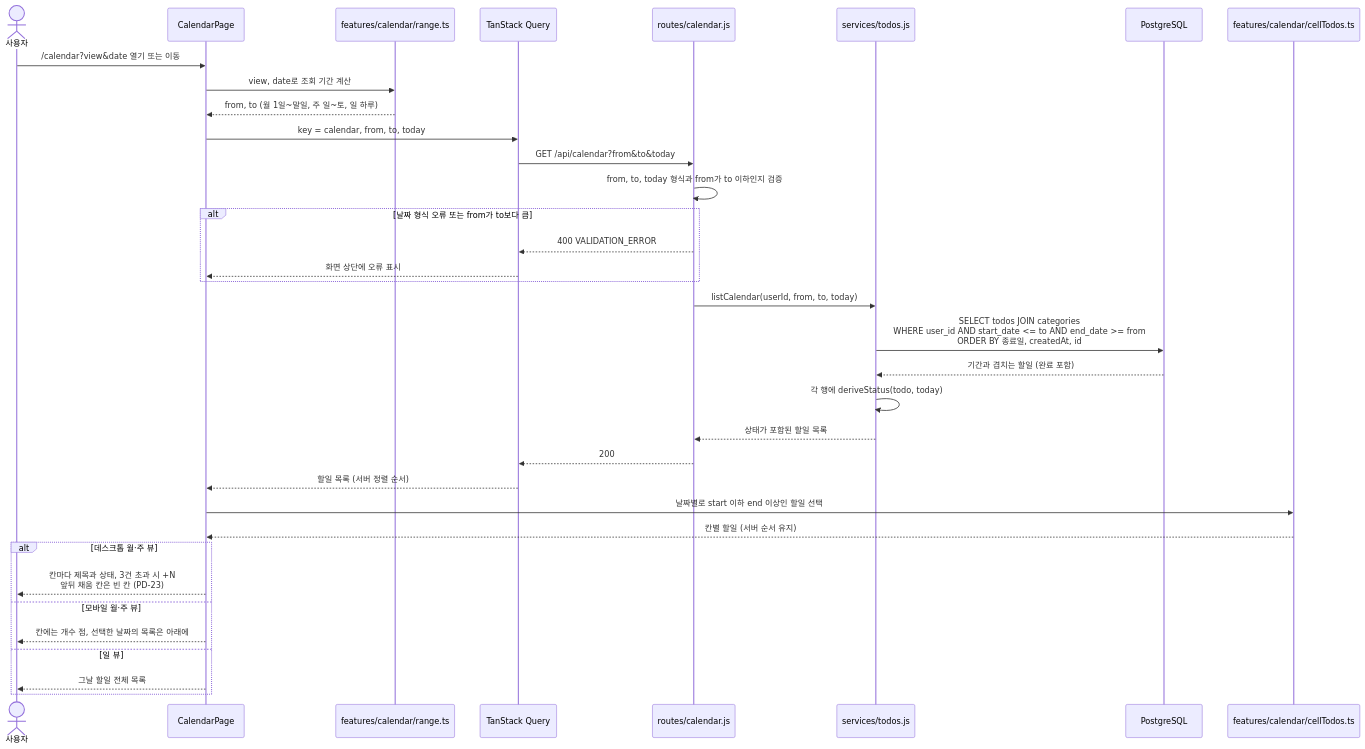
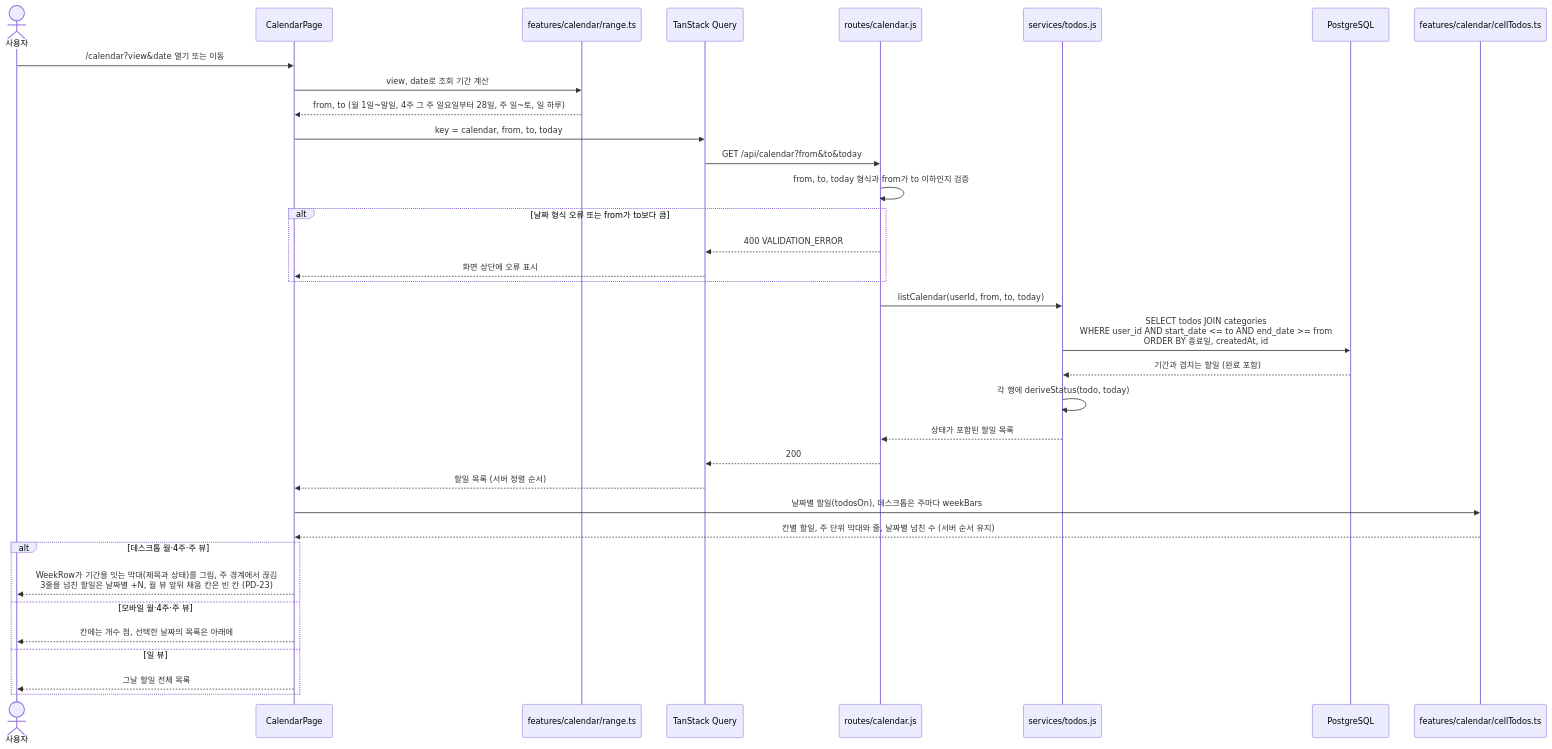
One commit to pomyeong/todolist-app changed the seventh of 10 diagrams in docs/6-arch-diagram.md. Above: the diagram before and after it, drawn with Mermaid. The commit also changed other lines of this file and 10 other files, not shown here.

````diff
--- a/docs/6-arch-diagram.md
+++ b/docs/6-arch-diagram.md
@@ -344,38 +363,38 @@
 ```mermaid
 sequenceDiagram
     actor U as 사용자
     participant FE as CalendarPage
     participant RG as features/calendar/range.ts
     participant TQ as TanStack Query
     participant RT as routes/calendar.js
     participant SV as services/todos.js
     participant DB as PostgreSQL
     participant CT as features/calendar/cellTodos.ts
 
     U->>FE: /calendar?view&date 열기 또는 이동
     FE->>RG: view, date로 조회 기간 계산
-    RG-->>FE: from, to (월 1일~말일, 주 일~토, 일 하루)
+    RG-->>FE: from, to (월 1일~말일, 4주 그 주 일요일부터 28일, 주 일~토, 일 하루)
     FE->>TQ: key = calendar, from, to, today
     TQ->>RT: GET /api/calendar?from&to&today
     RT->>RT: from, to, today 형식과 from가 to 이하인지 검증
     alt 날짜 형식 오류 또는 from가 to보다 큼
         RT-->>TQ: 400 VALIDATION_ERROR
         TQ-->>FE: 화면 상단에 오류 표시
     end
     RT->>SV: listCalendar(userId, from, to, today)
     SV->>DB: SELECT todos JOIN categories<br/>WHERE user_id AND start_date <= to AND end_date >= from<br/>ORDER BY 종료일, createdAt, id
     DB-->>SV: 기간과 겹치는 할일 (완료 포함)
     SV->>SV: 각 행에 deriveStatus(todo, today)
     SV-->>RT: 상태가 포함된 할일 목록
     RT-->>TQ: 200
     TQ-->>FE: 할일 목록 (서버 정렬 순서)
-    FE->>CT: 날짜별로 start 이하 end 이상인 할일 선택
-    CT-->>FE: 칸별 할일 (서버 순서 유지)
-    alt 데스크톱 월·주 뷰
-        FE-->>U: 칸마다 제목과 상태, 3건 초과 시 +N<br/>앞뒤 채움 칸은 빈 칸 (PD-23)
-    else 모바일 월·주 뷰
+    FE->>CT: 날짜별 할일(todosOn), 데스크톱은 주마다 weekBars
+    CT-->>FE: 칸별 할일, 주 단위 막대와 줄, 날짜별 넘친 수 (서버 순서 유지)
+    alt 데스크톱 월·4주·주 뷰
+        FE-->>U: WeekRow가 기간을 잇는 막대(제목과 상태)를 그림, 주 경계에서 끊김<br/>3줄을 넘친 할일은 날짜별 +N, 월 뷰 앞뒤 채움 칸은 빈 칸 (PD-23)
+    else 모바일 월·4주·주 뷰
         FE-->>U: 칸에는 개수 점, 선택한 날짜의 목록은 아래에
     else 일 뷰
         FE-->>U: 그날 할일 전체 목록
     end
 ```
````
